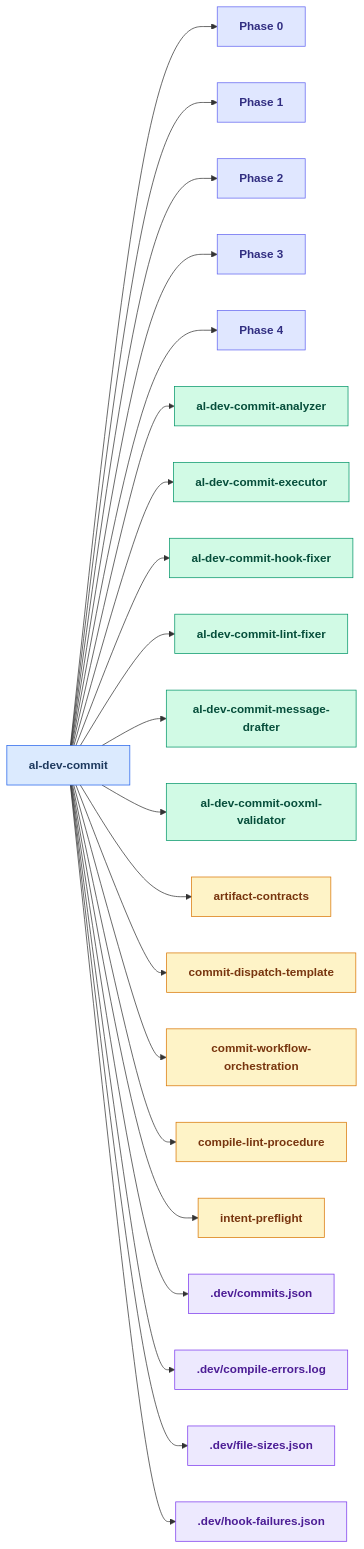
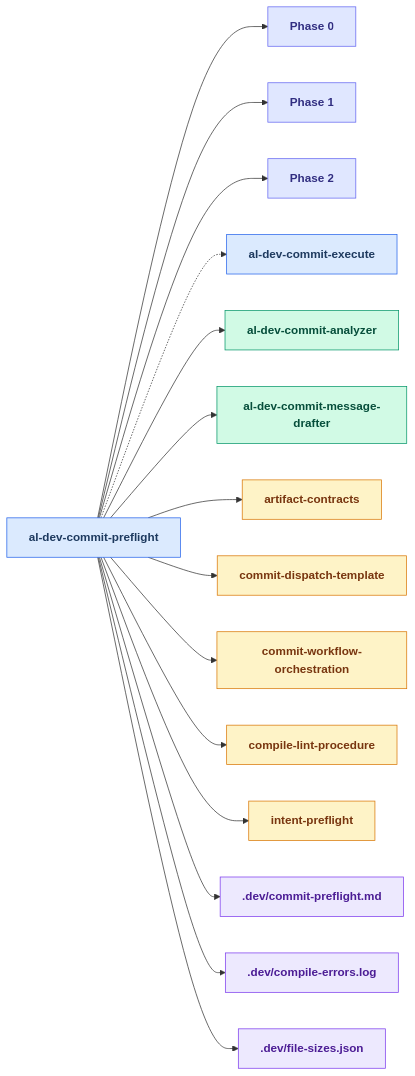
One commit to russell-laing/al-dev-shared changed diagram 15 of 25 in docs/al-dev-skills-map.md. Above: the diagram before and after it, drawn with Mermaid. The commit also changed other lines of this file and 3 other files, not shown here.

````diff
--- a/docs/al-dev-skills-map.md
+++ b/docs/al-dev-skills-map.md
@@ -622,73 +735,55 @@
 ```mermaid
 flowchart LR
     classDef skillNode fill:#dbeafe,stroke:#2563eb,color:#1e3a5f,font-weight:bold
     classDef agentNode fill:#d1fae5,stroke:#059669,color:#064e3b,font-weight:bold
     classDef knowledgeNode fill:#fef3c7,stroke:#d97706,color:#78350f,font-weight:bold
     classDef artifactNode fill:#ede9fe,stroke:#7c3aed,color:#4c1d95,font-weight:bold
     classDef phaseNode fill:#e0e7ff,stroke:#6366f1,color:#312e81,font-weight:bold
 
-    skill_al_dev_commit[al-dev-commit]
+    skill_al_dev_commit_preflight[al-dev-commit-preflight]
     Phase0["Phase 0"]
     Phase1["Phase 1"]
     Phase2["Phase 2"]
-    Phase3["Phase 3"]
-    Phase4["Phase 4"]
+    skill_al_dev_commit_execute[al-dev-commit-execute]
     agent_al_dev_commit_analyzer[al-dev-commit-analyzer]
-    agent_al_dev_commit_executor[al-dev-commit-executor]
-    agent_al_dev_commit_hook_fixer[al-dev-commit-hook-fixer]
-    agent_al_dev_commit_lint_fixer[al-dev-commit-lint-fixer]
     agent_al_dev_commit_message_drafter[al-dev-commit-message-drafter]
-    agent_al_dev_commit_ooxml_validator[al-dev-commit-ooxml-validator]
     knowledge_artifact_contracts_md[artifact-contracts]
     knowledge_commit_dispatch_template_md[commit-dispatch-template]
     knowledge_commit_workflow_orchestration_md[commit-workflow-orchestration]
     knowledge_compile_lint_procedure_md[compile-lint-procedure]
     knowledge_intent_preflight_md[intent-preflight]
-    artifact_commits_json[.dev/commits.json]
+    artifact_commit_preflight_md[.dev/commit-preflight.md]
     artifact_compile_errors_log[.dev/compile-errors.log]
     artifact_file_sizes_json[.dev/file-sizes.json]
-    artifact_hook_failures_json[.dev/hook-failures.json]
 
-    skill_al_dev_commit --> Phase0
-    skill_al_dev_commit --> Phase1
-    skill_al_dev_commit --> Phase2
-    skill_al_dev_commit --> Phase3
-    skill_al_dev_commit --> Phase4
-    skill_al_dev_commit --> agent_al_dev_commit_analyzer
-    skill_al_dev_commit --> agent_al_dev_commit_executor
-    skill_al_dev_commit --> agent_al_dev_commit_hook_fixer
-    skill_al_dev_commit --> agent_al_dev_commit_lint_fixer
-    skill_al_dev_commit --> agent_al_dev_commit_message_drafter
-    skill_al_dev_commit --> agent_al_dev_commit_ooxml_validator
-    skill_al_dev_commit --> knowledge_artifact_contracts_md
-    skill_al_dev_commit --> knowledge_commit_dispatch_template_md
-    skill_al_dev_commit --> knowledge_commit_workflow_orchestration_md
-    skill_al_dev_commit --> knowledge_compile_lint_procedure_md
-    skill_al_dev_commit --> knowledge_intent_preflight_md
-    skill_al_dev_commit --> artifact_commits_json
-    skill_al_dev_commit --> artifact_compile_errors_log
-    skill_al_dev_commit --> artifact_file_sizes_json
-    skill_al_dev_commit --> artifact_hook_failures_json
+    skill_al_dev_commit_preflight --> Phase0
+    skill_al_dev_commit_preflight --> Phase1
+    skill_al_dev_commit_preflight --> Phase2
+    skill_al_dev_commit_preflight -.-> skill_al_dev_commit_execute
+    skill_al_dev_commit_preflight --> agent_al_dev_commit_analyzer
+    skill_al_dev_commit_preflight --> agent_al_dev_commit_message_drafter
+    skill_al_dev_commit_preflight --> knowledge_artifact_contracts_md
+    skill_al_dev_commit_preflight --> knowledge_commit_dispatch_template_md
+    skill_al_dev_commit_preflight --> knowledge_commit_workflow_orchestration_md
+    skill_al_dev_commit_preflight --> knowledge_compile_lint_procedure_md
+    skill_al_dev_commit_preflight --> knowledge_intent_preflight_md
+    skill_al_dev_commit_preflight --> artifact_commit_preflight_md
+    skill_al_dev_commit_preflight --> artifact_compile_errors_log
+    skill_al_dev_commit_preflight --> artifact_file_sizes_json
 
-    class skill_al_dev_commit skillNode
+    class skill_al_dev_commit_preflight skillNode
     class Phase0 phaseNode
     class Phase1 phaseNode
     class Phase2 phaseNode
-    class Phase3 phaseNode
-    class Phase4 phaseNode
+    class skill_al_dev_commit_execute skillNode
     class agent_al_dev_commit_analyzer agentNode
-    class agent_al_dev_commit_executor agentNode
-    class agent_al_dev_commit_hook_fixer agentNode
-    class agent_al_dev_commit_lint_fixer agentNode
     class agent_al_dev_commit_message_drafter agentNode
-    class agent_al_dev_commit_ooxml_validator agentNode
     class knowledge_artifact_contracts_md knowledgeNode
     class knowledge_commit_dispatch_template_md knowledgeNode
     class knowledge_commit_workflow_orchestration_md knowledgeNode
     class knowledge_compile_lint_procedure_md knowledgeNode
     class knowledge_intent_preflight_md knowledgeNode
-    class artifact_commits_json artifactNode
+    class artifact_commit_preflight_md artifactNode
     class artifact_compile_errors_log artifactNode
     class artifact_file_sizes_json artifactNode
-    class artifact_hook_failures_json artifactNode
 ```
````
